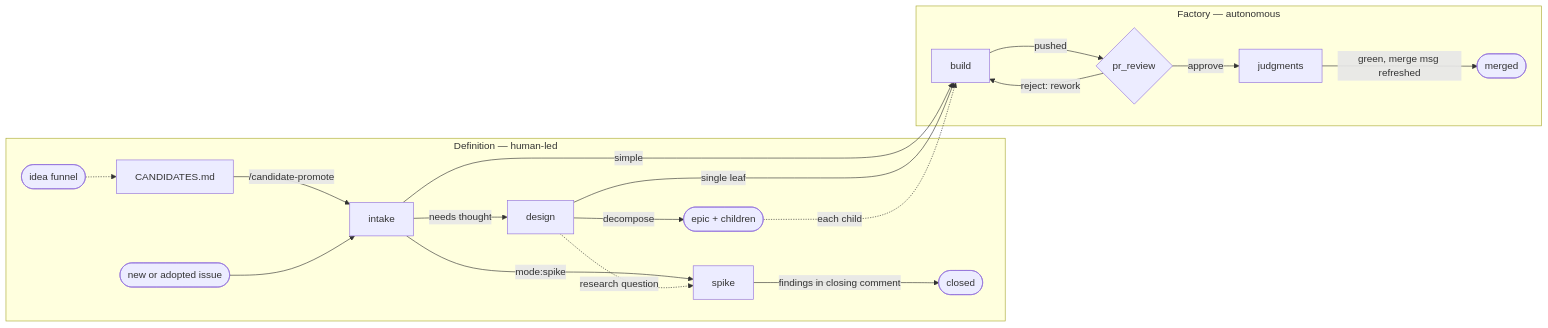
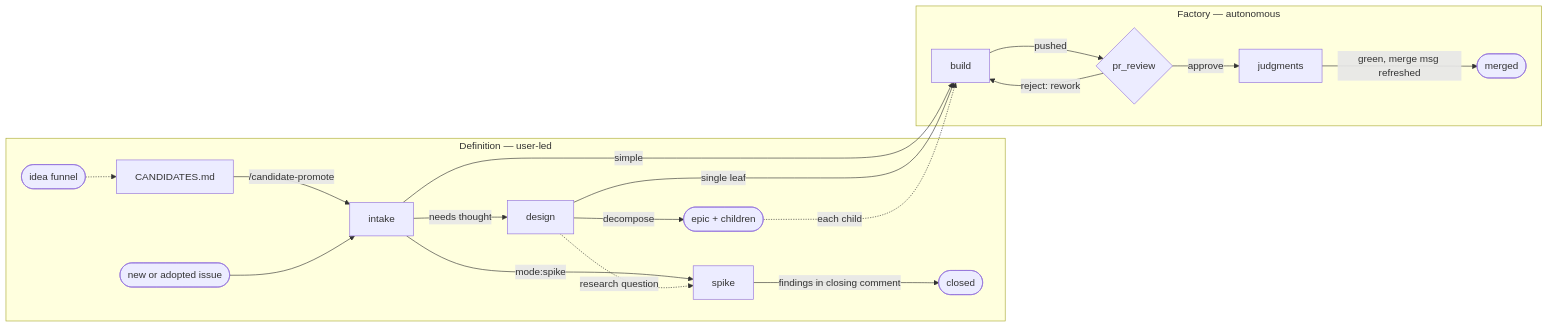
Before and after one commit to GeoffNordling/dev-playbook: the diagram in software-factory/software-factory.md, drawn with Mermaid. The commit also changed other lines of this file and 110 other files, not shown here.

````diff
--- a/software-factory/software-factory.md
+++ b/software-factory/software-factory.md
@@ -34,24 +34,24 @@
 ```mermaid
 flowchart LR
-    subgraph definition[Definition — human-led]
+    subgraph definition[Definition — user-led]
         ideas([idea funnel]) -.-> cand[CANDIDATES.md]
         cand -->|/candidate-promote| intake[intake]
         stub([new or adopted issue]) --> intake
         intake -->|needs thought| design[design]
         intake -->|mode:spike| spike[spike]
         design -.->|research question| spike
         design -->|decompose| epic([epic + children])
         spike -->|findings in closing comment| closed([closed])
     end
 
     subgraph factory[Factory — autonomous]
         build[build] -->|pushed| pr_review{pr_review}
         pr_review -->|reject: rework| build
         pr_review -->|approve| judgments[judgments]
         judgments -->|green, merge msg refreshed| done([merged])
     end
 
     intake -->|simple| build
     design -->|single leaf| build
     epic -.->|each child| build
 ```
````
